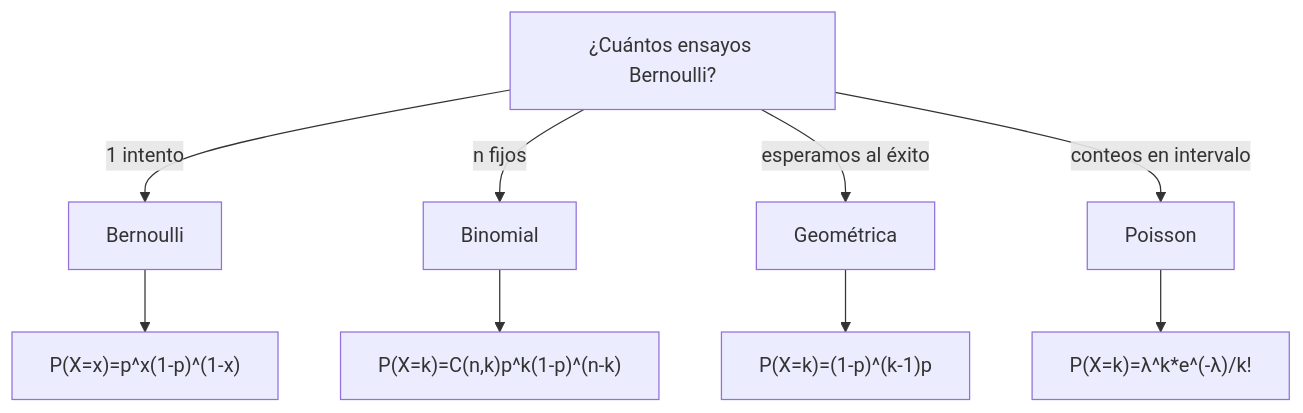
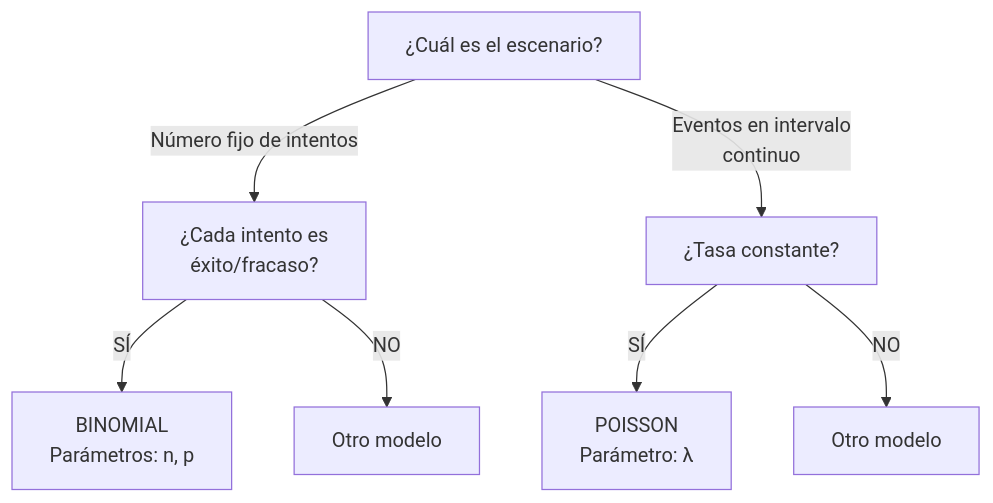
The diagram in docs/ud4/distribuciones-discretas.md (raul-drupal-dev/uax-estadistica-I), drawn with Mermaid before and after one commit. The commit also changed other lines of this file and 30 other files, not shown here.

````diff
--- a/docs/ud4/distribuciones-discretas.md
+++ b/docs/ud4/distribuciones-discretas.md
@@ -22,12 +213,11 @@
 ```mermaid
 graph TD
-    A["¿Cuántos ensayos Bernoulli?"] -->|1 intento| B["Bernoulli"]
-    A -->|n fijos| C["Binomial"]
-    A -->|esperamos al éxito| D["Geométrica"]
-    A -->|conteos en intervalo| E["Poisson"]
+    A["¿Cuál es el escenario?"] -->|Número fijo de intentos| B["¿Cada intento es<br/>éxito/fracaso?"]
+    A -->|Eventos en intervalo<br/>continuo| C["¿Tasa constante?"]
 
-    B --> F["P(X=x)=p^x(1-p)^(1-x)"]
-    C --> G["P(X=k)=C(n,k)p^k(1-p)^(n-k)"]
-    D --> H["P(X=k)=(1-p)^(k-1)p"]
-    E --> I["P(X=k)=λ^k*e^(-λ)/k!"]
+    B -->|SÍ| D["BINOMIAL<br/>Parámetros: n, p"]
+    B -->|NO| E["Otro modelo"]
+
+    C -->|SÍ| F["POISSON<br/>Parámetro: λ"]
+    C -->|NO| G["Otro modelo"]
 ```
````
